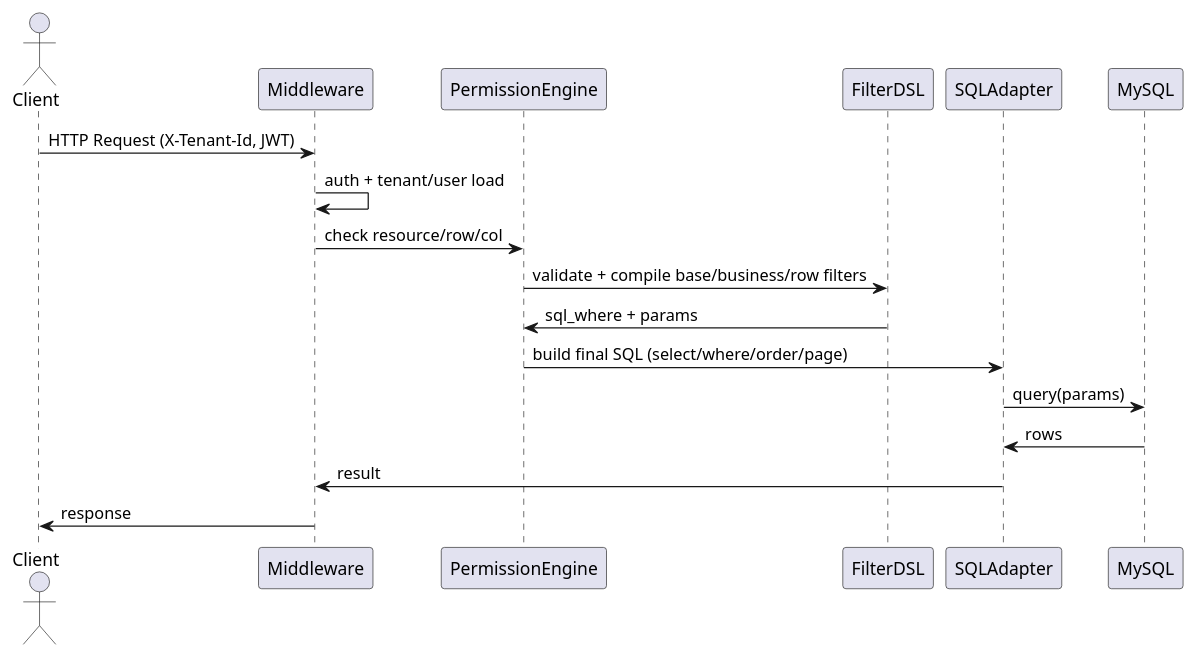
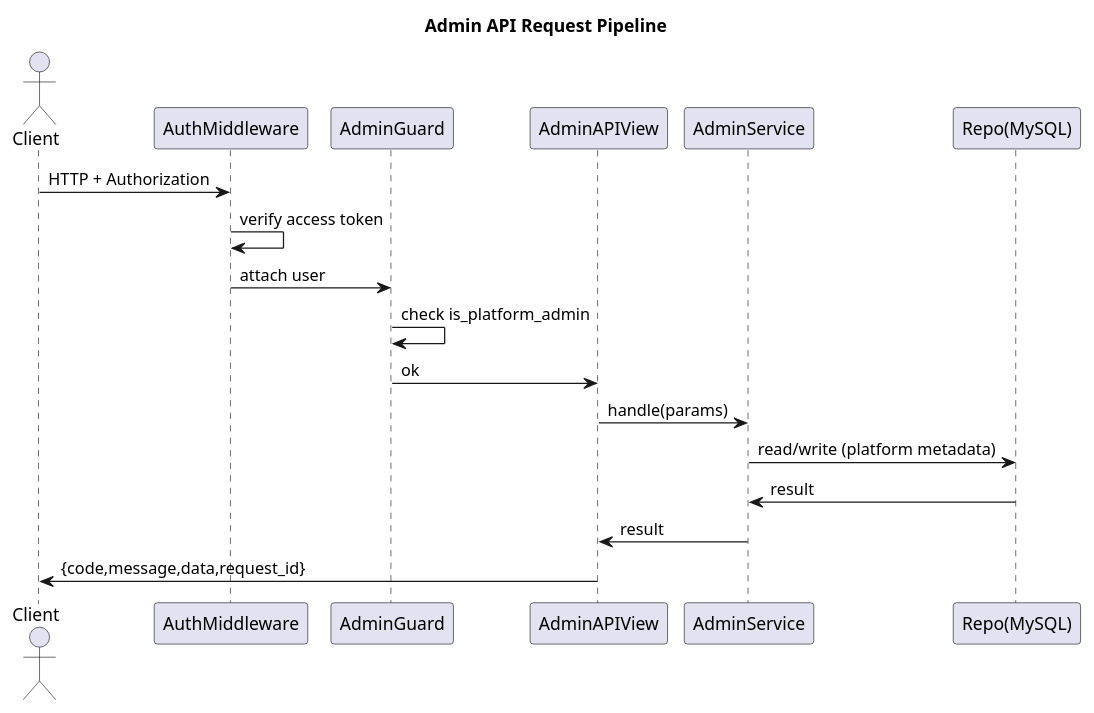
Before and after one commit to FangZiyong/grass: the seventh of 14 diagrams in docs/tech.md, drawn with PlantUML. The commit also changed other lines of this file and 10 other files, not shown here.

````diff
--- a/docs/tech.md
+++ b/docs/tech.md
@@ -1263,21 +529,23 @@
 ```plantuml
 @startuml
+title Admin API Request Pipeline
+
 actor Client
-participant Middleware as MW
-participant "PermissionEngine" as PE
-participant "FilterDSL" as DSL
-participant "SQLAdapter" as SQL
-participant "MySQL" as DB
+participant "AuthMiddleware" as AUTH
+participant "AdminGuard" as AG
+participant "AdminAPIView" as API
+participant "AdminService" as SVC
+participant "Repo(MySQL)" as REPO
 
-Client -> MW : HTTP Request (X-Tenant-Id, JWT)
-MW -> MW : auth + tenant/user load
-MW -> PE : check resource/row/col
-PE -> DSL : validate + compile base/business/row filters
-DSL -> PE : sql_where + params
-PE -> SQL : build final SQL (select/where/order/page)
-SQL -> DB : query(params)
-DB -> SQL : rows
-SQL -> MW : result
-MW -> Client : response
+Client -> AUTH : HTTP + Authorization
+AUTH -> AUTH : verify access token
+AUTH -> AG : attach user
+AG -> AG : check is_platform_admin
+AG -> API : ok
+API -> SVC : handle(params)
+SVC -> REPO : read/write (platform metadata)
+REPO -> SVC : result
+SVC -> API : result
+API -> Client : {code,message,data,request_id}
 @enduml
 ```
````
